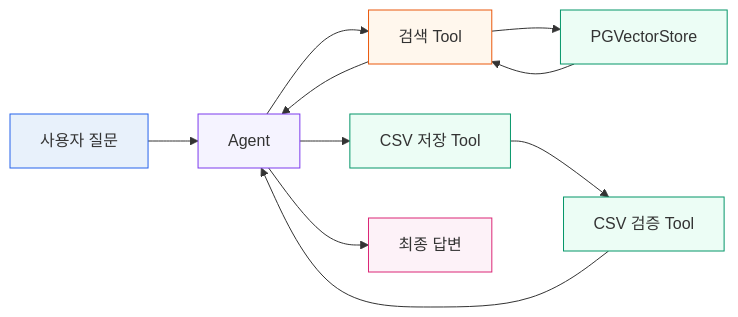
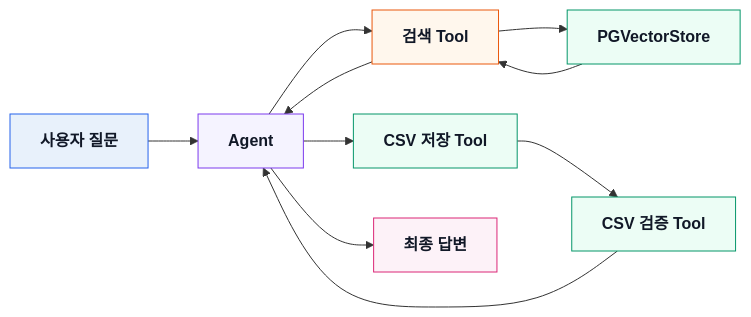
Before and after one commit to dihusrms-max/study-with-ai: the first of 11 diagrams in src/study_with_ai/다이어그램/00_agent_rag_learning_map.md, drawn with Mermaid. The commit also changed other lines of this file and 2 other files, not shown here.

````diff
--- a/src/study_with_ai/다이어그램/00_agent_rag_learning_map.md
+++ b/src/study_with_ai/다이어그램/00_agent_rag_learning_map.md
@@ -20,27 +20,27 @@
 ```mermaid
 flowchart LR
     USER["사용자 질문"] --> AGENT["Agent"]
 
     AGENT --> SEARCH["검색 Tool"]
     SEARCH --> VECTOR["PGVectorStore"]
     VECTOR --> SEARCH
     SEARCH --> AGENT
 
     AGENT --> SAVE["CSV 저장 Tool"]
     SAVE --> VERIFY["CSV 검증 Tool"]
     VERIFY --> AGENT
 
     AGENT --> ANSWER["최종 답변"]
 
-    classDef user fill:#E8F1FB,stroke:#2563EB
-    classDef agent fill:#F5F3FF,stroke:#7C3AED
-    classDef search fill:#FFF7ED,stroke:#EA580C
-    classDef data fill:#ECFDF5,stroke:#059669
-    classDef result fill:#FDF2F8,stroke:#DB2777
+    classDef user fill:#E8F1FB,stroke:#2563EB,color:#111827,font-weight:bold
+    classDef agent fill:#F5F3FF,stroke:#7C3AED,color:#111827,font-weight:bold
+    classDef search fill:#FFF7ED,stroke:#EA580C,color:#111827,font-weight:bold
+    classDef data fill:#ECFDF5,stroke:#059669,color:#111827,font-weight:bold
+    classDef result fill:#FDF2F8,stroke:#DB2777,color:#111827,font-weight:bold
 
     class USER user
     class AGENT agent
     class SEARCH search
     class VECTOR,SAVE,VERIFY data
     class ANSWER result
 ```
````
